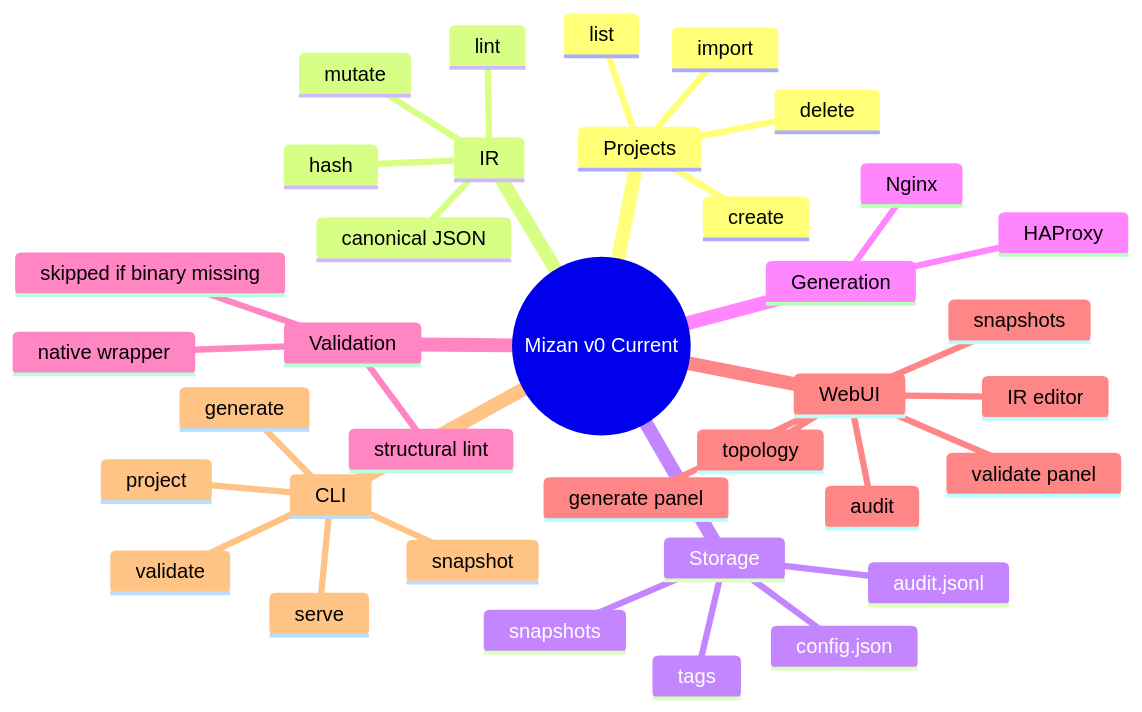
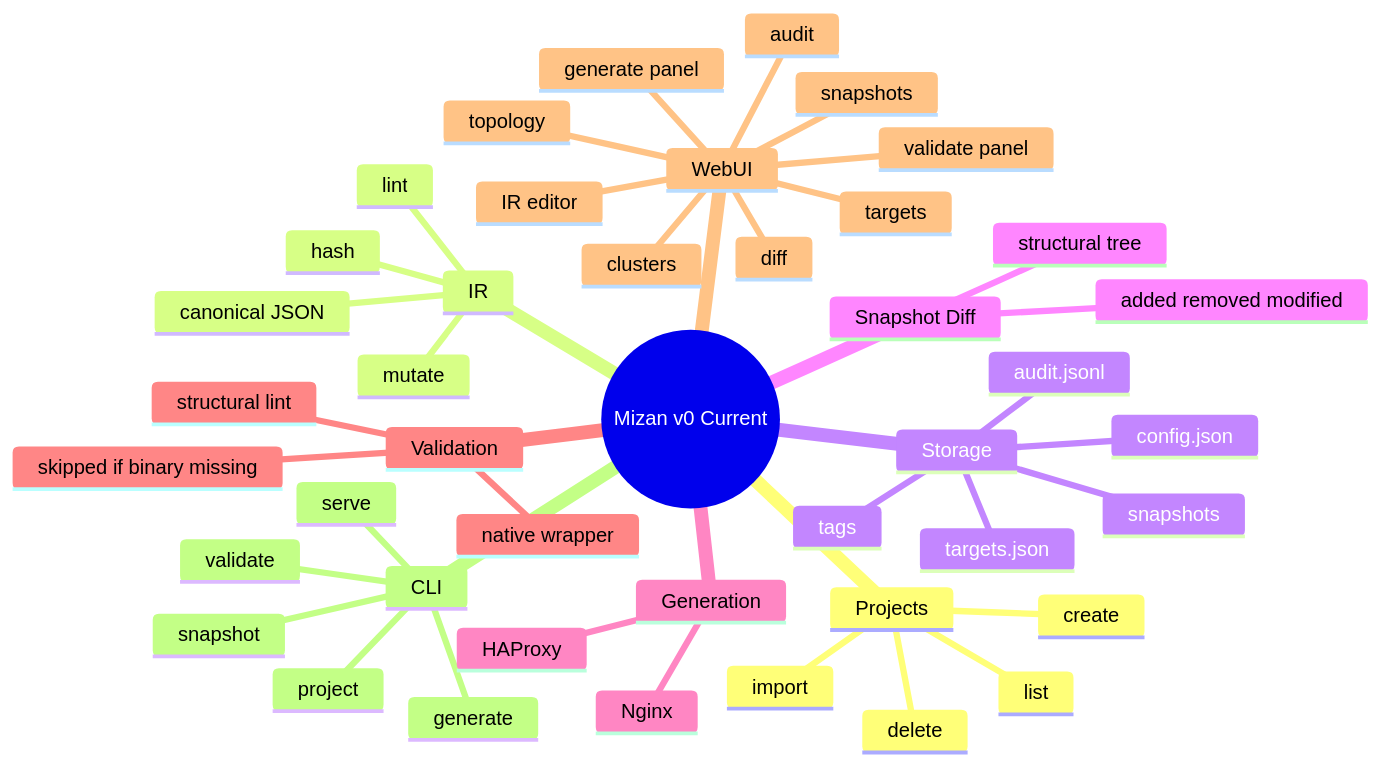
Before and after one commit to ersinkoc/Mizan: diagram 15 of 16 in ARCHITECTURE.md, drawn with Mermaid. The commit also changed other lines of this file and 1 other file, not shown here.

Commit message:
Update documentation to reflect 100% backend coverage, add targets/clusters/diff to architecture diagrams, expand README with current feature set

````diff
--- a/ARCHITECTURE.md
+++ b/ARCHITECTURE.md
@@ -430,39 +438,46 @@
 ```mermaid
 mindmap
   root((Mizan v0 Current))
     Projects
       create
       list
       delete
       import
     IR
       lint
       mutate
       hash
       canonical JSON
     Storage
       config.json
       snapshots
       tags
       audit.jsonl
+      targets.json
+    Snapshot Diff
+      structural tree
+      added removed modified
     Generation
       HAProxy
       Nginx
     Validation
       structural lint
       native wrapper
       skipped if binary missing
     WebUI
       IR editor
       generate panel
       validate panel
       topology
       snapshots
+      diff
+      targets
+      clusters
       audit
     CLI
       serve
       project
       snapshot
       generate
       validate
 ```
````
